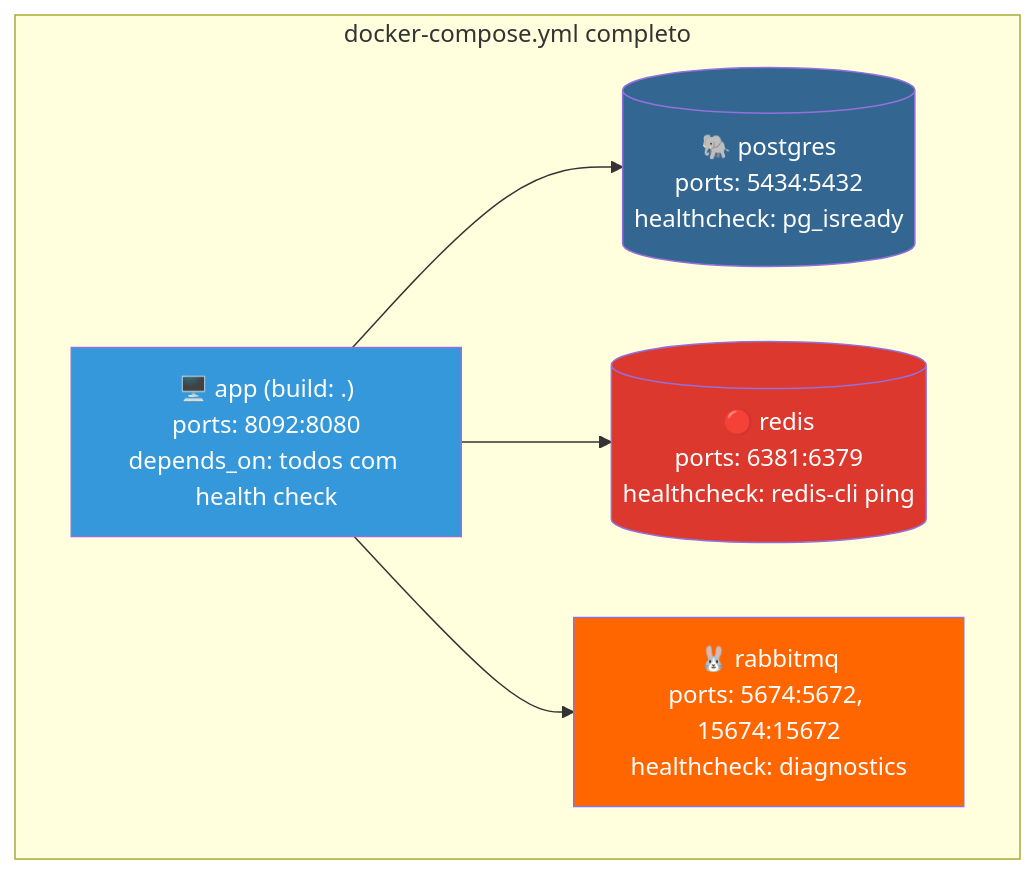
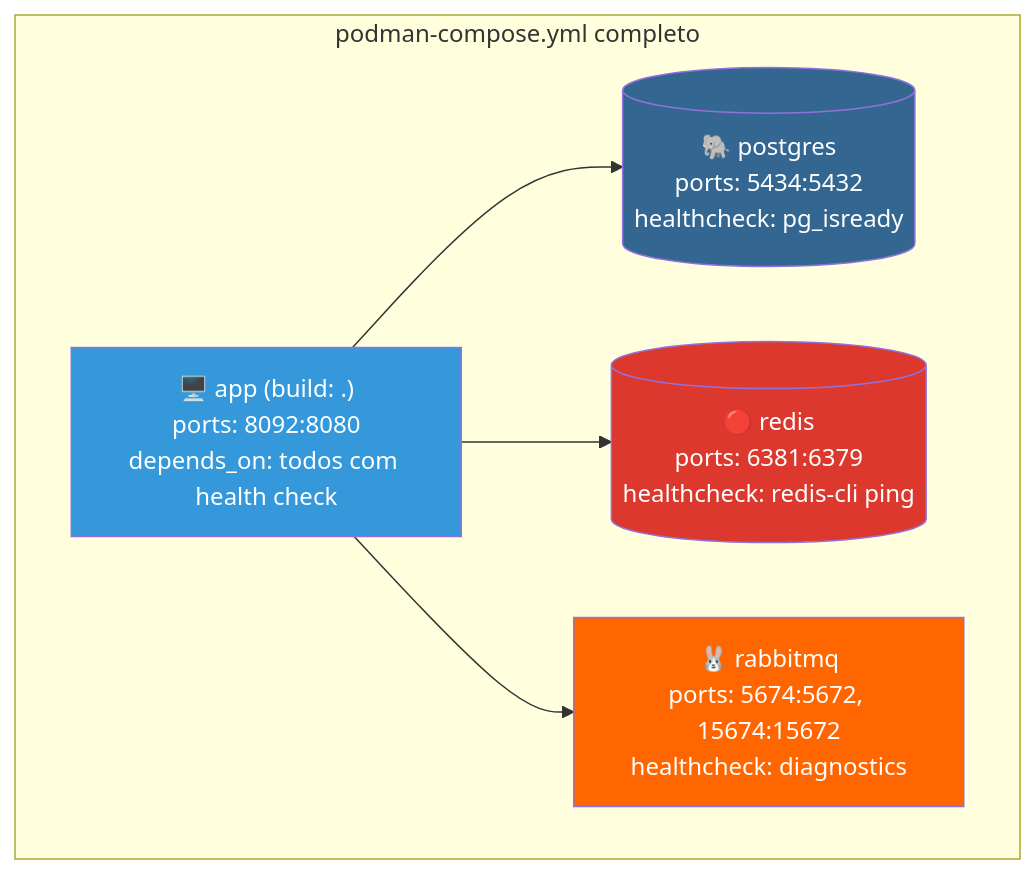
The diagram in dia-07/slide-12.md (deusemarjunior/trein-java-intermed), drawn with Mermaid before and after one commit. The commit also changed other lines of this file and 100 other files, not shown here.

Commit message:
removendo docker adicionando podman

````diff
--- a/dia-07/slide-12.md
+++ b/dia-07/slide-12.md
@@ -36,18 +36,18 @@
 ```mermaid
 graph TB
-    subgraph "docker-compose.yml completo"
+    subgraph "podman-compose.yml completo"
         APP["🖥️ app (build: .)<br/>ports: 8092:8080<br/>depends_on: todos com health check"]
         PG[("🐘 postgres<br/>ports: 5434:5432<br/>healthcheck: pg_isready")]
         REDIS[("🔴 redis<br/>ports: 6381:6379<br/>healthcheck: redis-cli ping")]
         RMQ["🐰 rabbitmq<br/>ports: 5674:5672, 15674:15672<br/>healthcheck: diagnostics"]
     end
 
     APP --> PG
     APP --> REDIS
     APP --> RMQ
 
     style APP fill:#3498db,color:#fff
     style PG fill:#336791,color:#fff
     style REDIS fill:#dc382d,color:#fff
     style RMQ fill:#ff6600,color:#fff
 ```
````
